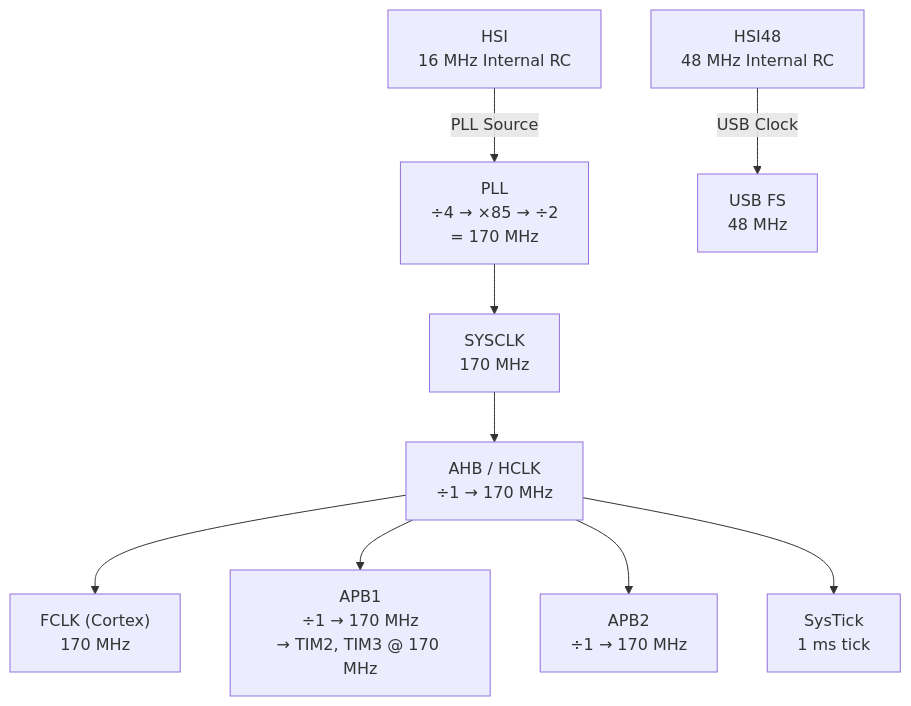
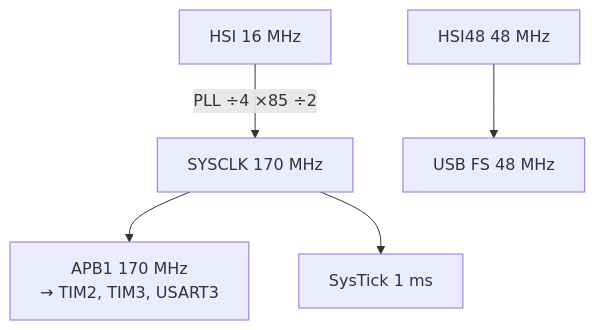
One commit to QT3112/STM32G4_Lighting changed diagram 11 of 11 in docs/firmware_architecture.md. Above: the diagram before and after it, drawn with Mermaid. The commit also changed other lines of this file and 25 other files, not shown here.

````diff
--- a/docs/firmware_architecture.md
+++ b/docs/firmware_architecture.md
@@ -482,12 +460,7 @@
 ```mermaid
 graph TD
-    HSI["HSI\n16 MHz Internal RC"] -->|PLL Source| PLL
-    HSI48["HSI48\n48 MHz Internal RC"] -->|USB Clock| USB["USB FS\n48 MHz"]
-
-    PLL["PLL\n÷4 → ×85 → ÷2\n= 170 MHz"] --> SYSCLK["SYSCLK\n170 MHz"]
-    SYSCLK --> AHB["AHB / HCLK\n÷1 → 170 MHz"]
-    AHB --> FCLK["FCLK (Cortex)\n170 MHz"]
-    AHB --> APB1["APB1\n÷1 → 170 MHz\n→ TIM2, TIM3 @ 170 MHz"]
-    AHB --> APB2["APB2\n÷1 → 170 MHz"]
-    AHB --> SYSTICK["SysTick\n1 ms tick"]
+    HSI["HSI 16 MHz"] -->|PLL ÷4 ×85 ÷2| SYSCLK["SYSCLK 170 MHz"]
+    HSI48["HSI48 48 MHz"] --> USB["USB FS 48 MHz"]
+    SYSCLK --> APB1["APB1 170 MHz\n→ TIM2, TIM3, USART3"]
+    SYSCLK --> SYSTICK["SysTick 1 ms"]
 ```
````
